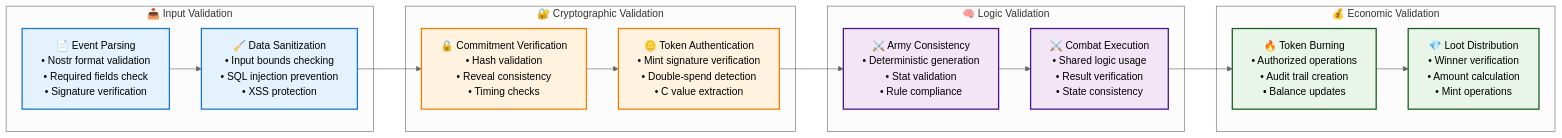
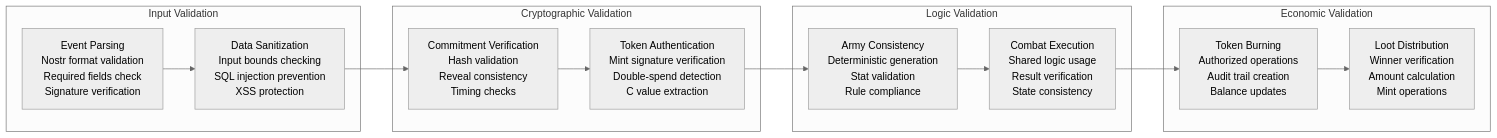
Before and after one commit to EthnTuttle/manastr: the seventh of 7 diagrams in docs/diagrams/ANTI_CHEAT_VALIDATION.md, drawn with Mermaid (neutral theme). The commit also changed other lines of this file and 25 other files, not shown here.

````diff
--- a/docs/diagrams/ANTI_CHEAT_VALIDATION.md
+++ b/docs/diagrams/ANTI_CHEAT_VALIDATION.md
@@ -296,45 +256,34 @@
 ```mermaid
 graph LR
-    subgraph "📥 Input Validation"
-        EventParsing[📄 Event Parsing<br/>• Nostr format validation<br/>• Required fields check<br/>• Signature verification]
+    subgraph "Input Validation"
+        EventParsing["Event Parsing<br/>Nostr format validation<br/>Required fields check<br/>Signature verification"]
         
-        DataSanitization[🧹 Data Sanitization<br/>• Input bounds checking<br/>• SQL injection prevention<br/>• XSS protection]
+        DataSanitization["Data Sanitization<br/>Input bounds checking<br/>SQL injection prevention<br/>XSS protection"]
     end
     
-    subgraph "🔐 Cryptographic Validation"
-        CommitmentVerification[🔒 Commitment Verification<br/>• Hash validation<br/>• Reveal consistency<br/>• Timing checks]
+    subgraph "Cryptographic Validation"
+        CommitmentVerification["Commitment Verification<br/>Hash validation<br/>Reveal consistency<br/>Timing checks"]
         
-        TokenAuthentication[🪙 Token Authentication<br/>• Mint signature verification<br/>• Double-spend detection<br/>• C value extraction]
+        TokenAuthentication["Token Authentication<br/>Mint signature verification<br/>Double-spend detection<br/>C value extraction"]
     end
     
-    subgraph "🧠 Logic Validation"
-        ArmyConsistency[⚔️ Army Consistency<br/>• Deterministic generation<br/>• Stat validation<br/>• Rule compliance]
+    subgraph "Logic Validation"
+        ArmyConsistency["Army Consistency<br/>Deterministic generation<br/>Stat validation<br/>Rule compliance"]
         
-        CombatExecution[⚔️ Combat Execution<br/>• Shared logic usage<br/>• Result verification<br/>• State consistency]
+        CombatExecution["Combat Execution<br/>Shared logic usage<br/>Result verification<br/>State consistency"]
     end
     
-    subgraph "💰 Economic Validation"
-        TokenBurning[🔥 Token Burning<br/>• Authorized operations<br/>• Audit trail creation<br/>• Balance updates]
+    subgraph "Economic Validation"
+        TokenBurning["Token Burning<br/>Authorized operations<br/>Audit trail creation<br/>Balance updates"]
         
-        LootDistribution[💎 Loot Distribution<br/>• Winner verification<br/>• Amount calculation<br/>• Mint operations]
+        LootDistribution["Loot Distribution<br/>Winner verification<br/>Amount calculation<br/>Mint operations"]
     end
     
     EventParsing --> DataSanitization
     DataSanitization --> CommitmentVerification
     CommitmentVerification --> TokenAuthentication
     TokenAuthentication --> ArmyConsistency
     ArmyConsistency --> CombatExecution
     CombatExecution --> TokenBurning
     TokenBurning --> LootDistribution
-    
-    %% Styling
-    classDef input fill:#e3f2fd,stroke:#1976d2,stroke-width:2px
-    classDef crypto fill:#fff3e0,stroke:#f57c00,stroke-width:2px
-    classDef logic fill:#f3e5f5,stroke:#4a148c,stroke-width:2px
-    classDef economic fill:#e8f5e8,stroke:#1b5e20,stroke-width:2px
-    
-    class EventParsing,DataSanitization input
-    class CommitmentVerification,TokenAuthentication crypto
-    class ArmyConsistency,CombatExecution logic
-    class TokenBurning,LootDistribution economic
 ```
````
